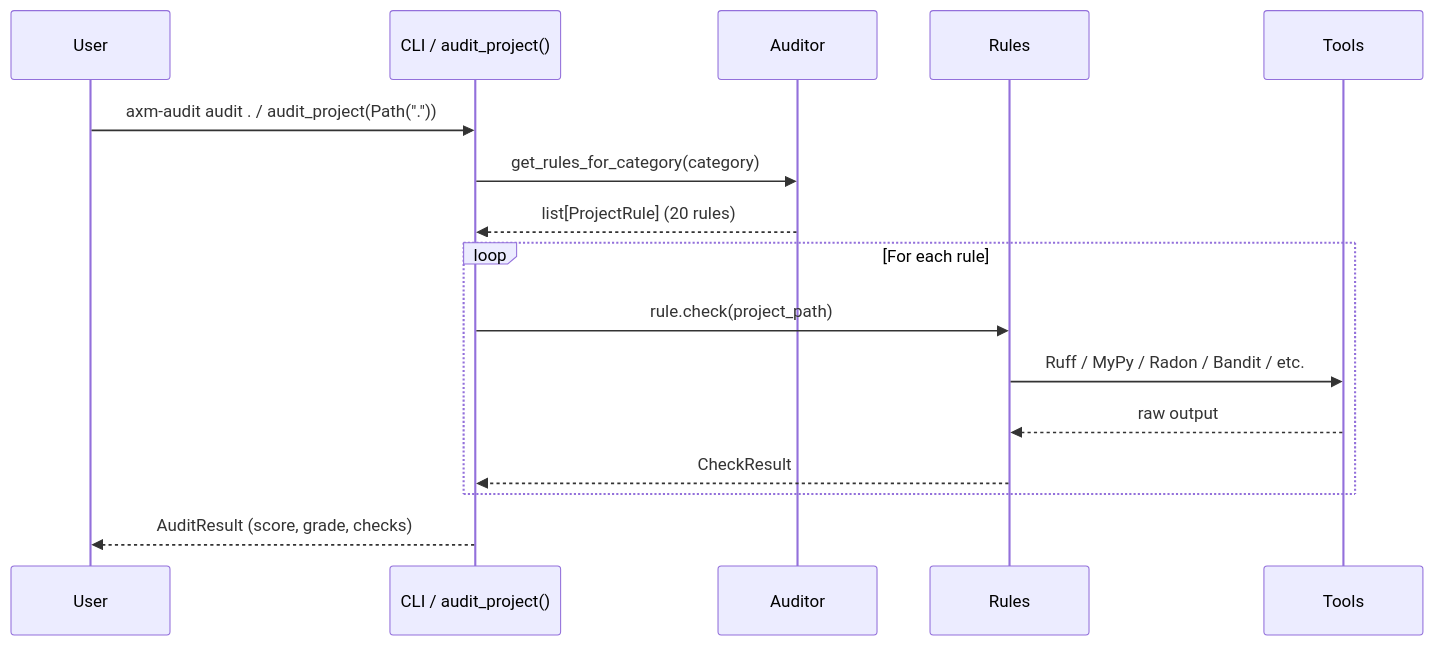
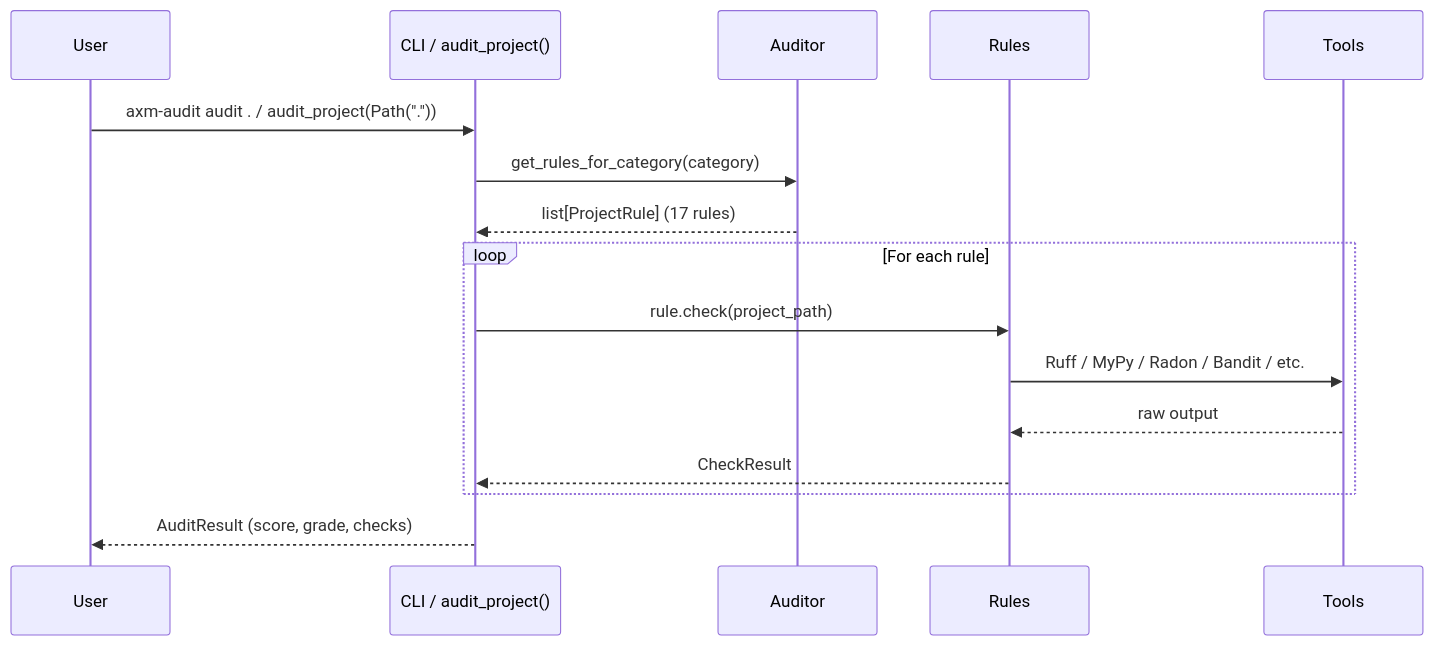
The second of 2 diagrams in docs/explanation/architecture.md (axm-protocols/axm-audit), drawn with Mermaid before and after one commit. The commit also changed other lines of this file and 1 other file, not shown here.

````diff
--- a/docs/explanation/architecture.md
+++ b/docs/explanation/architecture.md
@@ -148,19 +148,19 @@
 ```mermaid
 sequenceDiagram
     participant User
     participant CLI as CLI / audit_project()
     participant Auditor
     participant Rules
     participant Tools
 
     User->>CLI: axm-audit audit . / audit_project(Path("."))
     CLI->>Auditor: get_rules_for_category(category)
-    Auditor-->>CLI: list[ProjectRule] (20 rules)
+    Auditor-->>CLI: list[ProjectRule] (17 rules)
     loop For each rule
         CLI->>Rules: rule.check(project_path)
         Rules->>Tools: Ruff / MyPy / Radon / Bandit / etc.
         Tools-->>Rules: raw output
         Rules-->>CLI: CheckResult
     end
     CLI-->>User: AuditResult (score, grade, checks)
 ```
````
